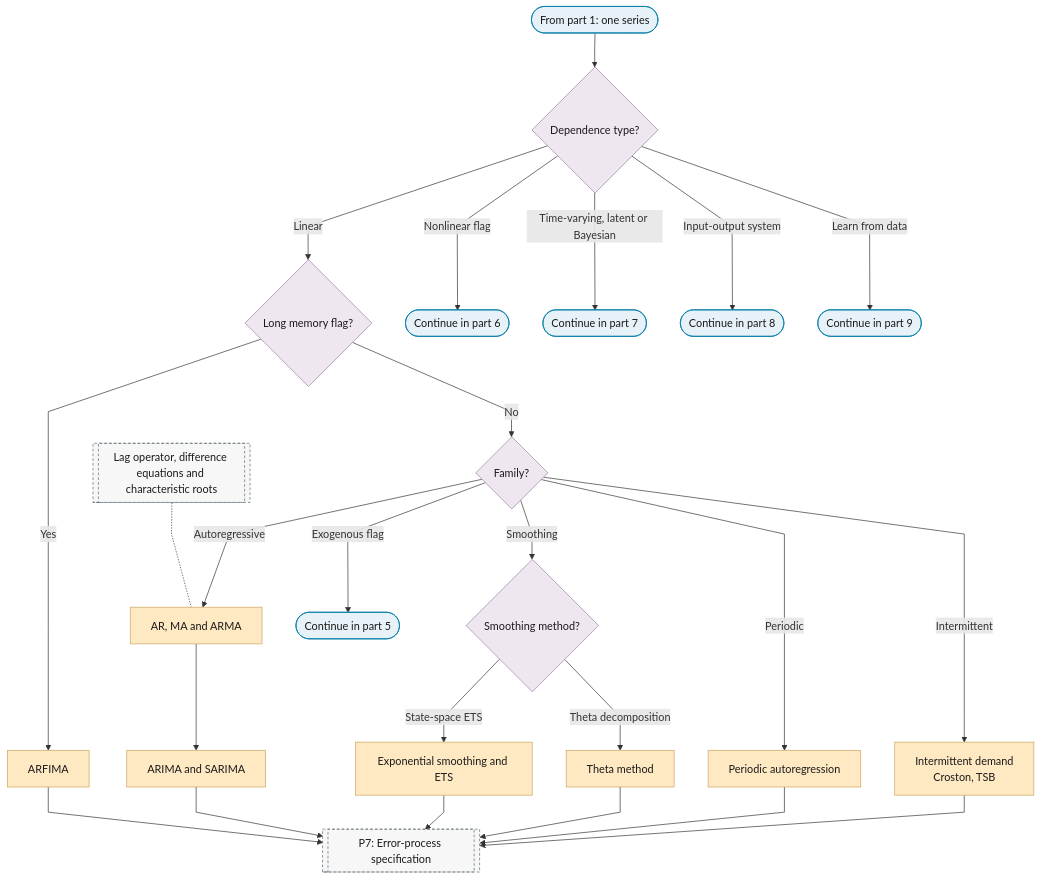
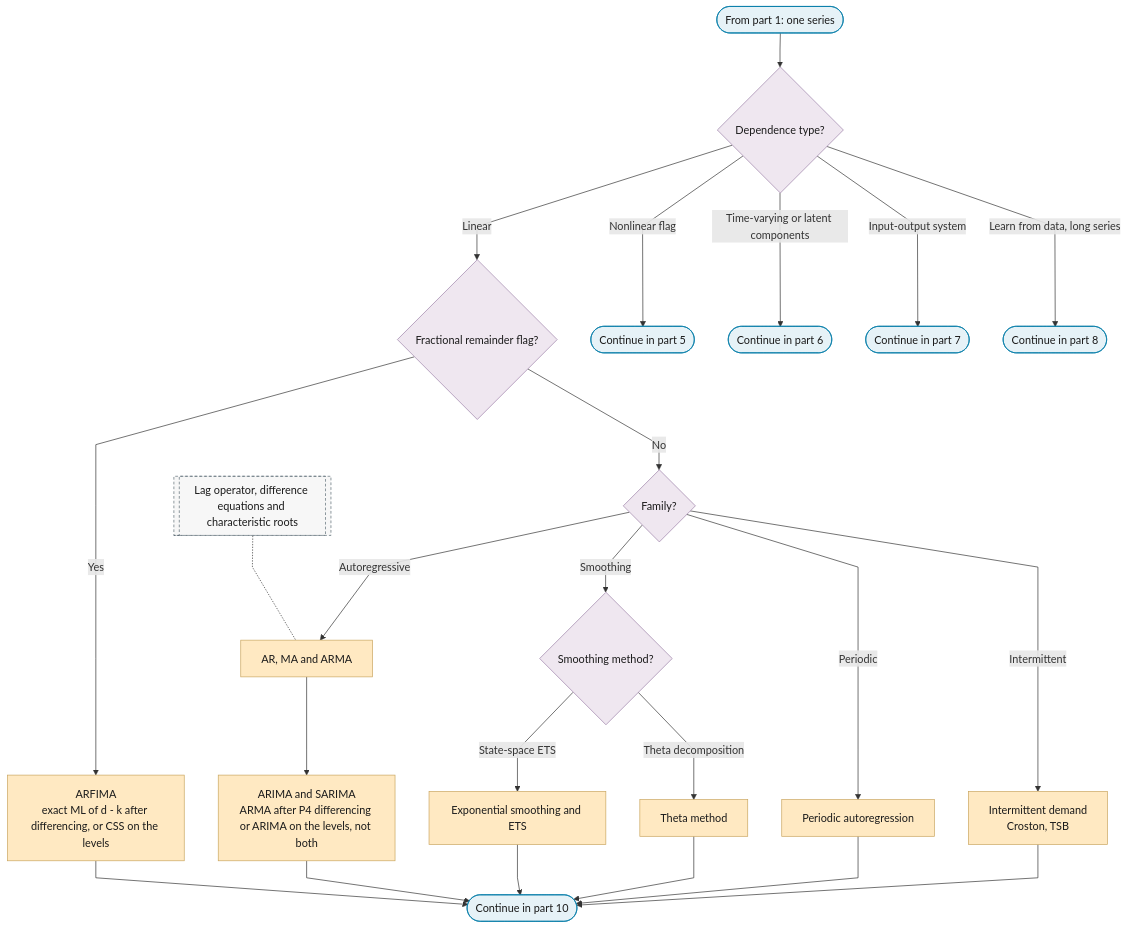
The fourth of 10 diagrams in docs/01-workflow/p06-mean-model-class.md (Shuxin-Y/time-series-analysis-manual), drawn with Mermaid before and after one commit. The commit also changed other lines of this file and 7 other files, not shown here.

````diff
--- a/docs/01-workflow/p06-mean-model-class.md
+++ b/docs/01-workflow/p06-mean-model-class.md
@@ -103,35 +100,34 @@
 ```mermaid
 %%{init: {"flowchart": {"curve": "linear"}}}%%
 graph TD
     P6_PART_4_IN(["From part 1: one series"]) --> P6_DEPENDENCE{"Dependence type?"}
-    P6_DEPENDENCE -->|"Linear"| P6_LINEAR{"Long memory flag?"}
-    P6_DEPENDENCE -->|"Nonlinear flag"| P6_TO_PART_6(["Continue in part 6"])
-    P6_DEPENDENCE -->|"Time-varying, latent or Bayesian"| P6_TO_PART_7(["Continue in part 7"])
-    P6_DEPENDENCE -->|"Input-output system"| P6_TO_PART_8(["Continue in part 8"])
-    P6_DEPENDENCE -->|"Learn from data"| P6_TO_PART_9(["Continue in part 9"])
-    P6_LINEAR -->|"Yes"| P6_ARFIMA["ARFIMA"]
+    P6_DEPENDENCE -->|"Linear"| P6_LINEAR{"Fractional remainder flag?"}
+    P6_DEPENDENCE -->|"Nonlinear flag"| P6_TO_PART_5(["Continue in part 5"])
+    P6_DEPENDENCE -->|"Time-varying or latent components"| P6_TO_PART_6(["Continue in part 6"])
+    P6_DEPENDENCE -->|"Input-output system"| P6_TO_PART_7(["Continue in part 7"])
+    P6_DEPENDENCE -->|"Learn from data, long series"| P6_PART_4_TO_PART_8(["Continue in part 8"])
+    P6_LINEAR -->|"Yes"| P6_ARFIMA["ARFIMA<br/>exact ML of d - k after differencing, or CSS on the levels"]
     P6_LINEAR -->|"No"| P6_LINEAR_FAMILY{"Family?"}
     P6_LINEAR_FAMILY -->|"Autoregressive"| P6_AR_MA_ARMA["AR, MA and ARMA"]
-    P6_LINEAR_FAMILY -->|"Exogenous flag"| P6_TO_PART_5(["Continue in part 5"])
     P6_LINEAR_FAMILY -->|"Smoothing"| P6_SMOOTHING{"Smoothing method?"}
     P6_LINEAR_FAMILY -->|"Periodic"| P6_PERIODIC_AR["Periodic autoregression"]
     P6_LINEAR_FAMILY -->|"Intermittent"| P6_INTERMITTENT["Intermittent demand<br/>Croston, TSB"]
     P6_SMOOTHING -->|"State-space ETS"| P6_ETS["Exponential smoothing and ETS"]
     P6_SMOOTHING -->|"Theta decomposition"| P6_THETA["Theta method"]
-    P6_AR_MA_ARMA --> P6_ARIMA_SARIMA["ARIMA and SARIMA"]
-    P6_ARFIMA & P6_ARIMA_SARIMA & P6_ETS --> P7
-    P6_THETA & P6_PERIODIC_AR & P6_INTERMITTENT --> P7[["P7: Error-process specification"]]
+    P6_AR_MA_ARMA --> P6_ARIMA_SARIMA["ARIMA and SARIMA<br/>ARMA after P4 differencing or ARIMA on the levels, not both"]
+    P6_ARFIMA & P6_ARIMA_SARIMA & P6_ETS --> P6_PART_4_OUT
+    P6_THETA & P6_PERIODIC_AR & P6_INTERMITTENT --> P6_PART_4_OUT(["Continue in part 10"])
     F_LAG_OPERATOR[["Lag operator, difference equations and characteristic roots"]] -.- P6_AR_MA_ARMA
     class P6_ARFIMA,P6_AR_MA_ARMA,P6_PERIODIC_AR,P6_INTERMITTENT,P6_ETS,P6_THETA,P6_ARIMA_SARIMA escalate
-    class P6_PART_4_IN,P6_TO_PART_6,P6_TO_PART_7,P6_TO_PART_8,P6_TO_PART_9,P6_TO_PART_5 terminator
+    class P6_PART_4_IN,P6_TO_PART_5,P6_TO_PART_6,P6_TO_PART_7,P6_PART_4_TO_PART_8,P6_PART_4_OUT terminator
     class P6_DEPENDENCE,P6_LINEAR,P6_LINEAR_FAMILY,P6_SMOOTHING decision
-    class P7,F_LAG_OPERATOR ref
+    class F_LAG_OPERATOR ref
     classDef terminator fill:#E6F2F7,stroke:#007BA7,color:#1A1A1A;
     classDef process fill:#FFFFFF,stroke:#5A6B73,color:#1A1A1A;
     classDef decision fill:#EFE7F0,stroke:#9B7FA7,color:#1A1A1A;
     classDef data fill:#FFF4E0,stroke:#C9A55E,color:#1A1A1A;
     classDef good fill:#DCEFD8,stroke:#4A7A3F,color:#1A1A1A;
     classDef escalate fill:#FFE9C2,stroke:#C9A55E,color:#1A1A1A;
     classDef problem fill:#F2D9DE,stroke:#800020,color:#1A1A1A;
     classDef ref fill:#F7F7F7,stroke:#5A6B73,color:#1A1A1A,stroke-dasharray:4 3;
 ```
````
